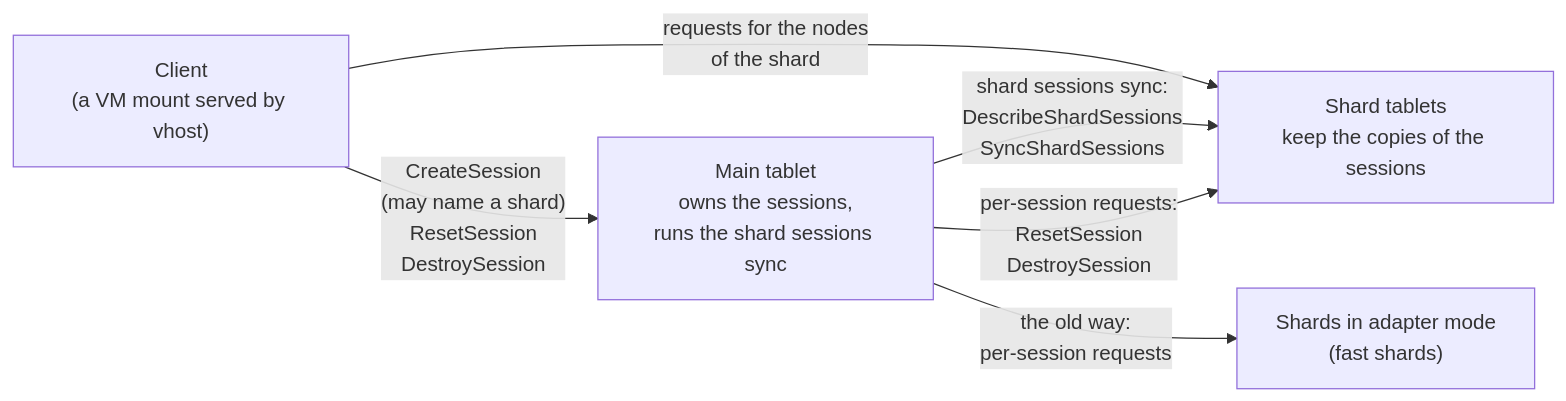
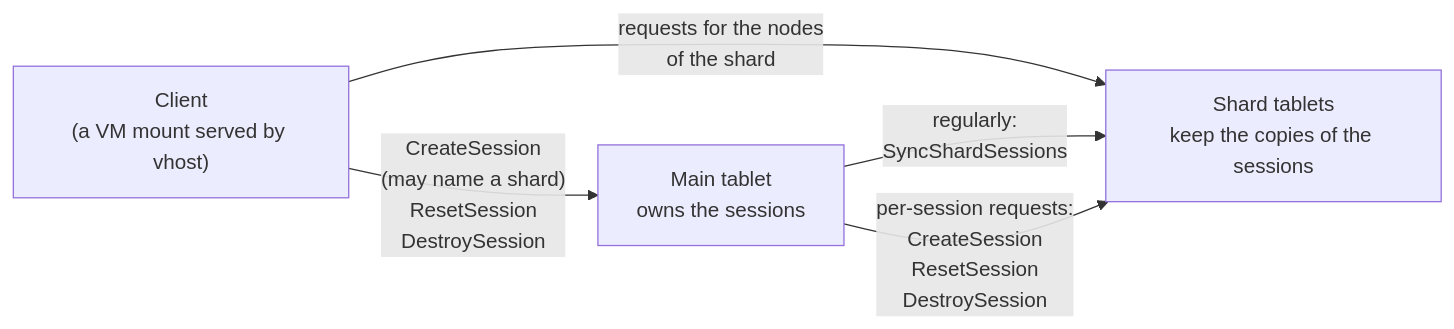
The first of 2 diagrams in doc/filestore/design/lazy_shard_sessions.md (ydb-platform/nbs), drawn with Mermaid before and after one commit. The commit also changed other lines of this file, not shown here.

````diff
--- a/doc/filestore/design/lazy_shard_sessions.md
+++ b/doc/filestore/design/lazy_shard_sessions.md
@@ -54,13 +50,11 @@
 ```mermaid
 flowchart LR
     Client["Client<br/>(a VM mount served by vhost)"]
-    Main["Main tablet<br/>owns the sessions,<br/>runs the shard sessions sync"]
+    Main["Main tablet<br/>owns the sessions"]
     Shard["Shard tablets<br/>keep the copies of the sessions"]
-    Fast["Shards in adapter mode<br/>(fast shards)"]
 
     Client -->|"CreateSession<br/>(may name a shard)<br/>ResetSession<br/>DestroySession"| Main
     Client -->|"requests for the nodes<br/>of the shard"| Shard
-    Main -->|"shard sessions sync:<br/>DescribeShardSessions<br/>SyncShardSessions"| Shard
-    Main -->|"per-session requests:<br/>ResetSession<br/>DestroySession"| Shard
-    Main -->|"the old way:<br/>per-session requests"| Fast
+    Main -->|"regularly:<br/>SyncShardSessions"| Shard
+    Main -->|"per-session requests:<br/>CreateSession<br/>ResetSession<br/>DestroySession"| Shard
 ```
````
